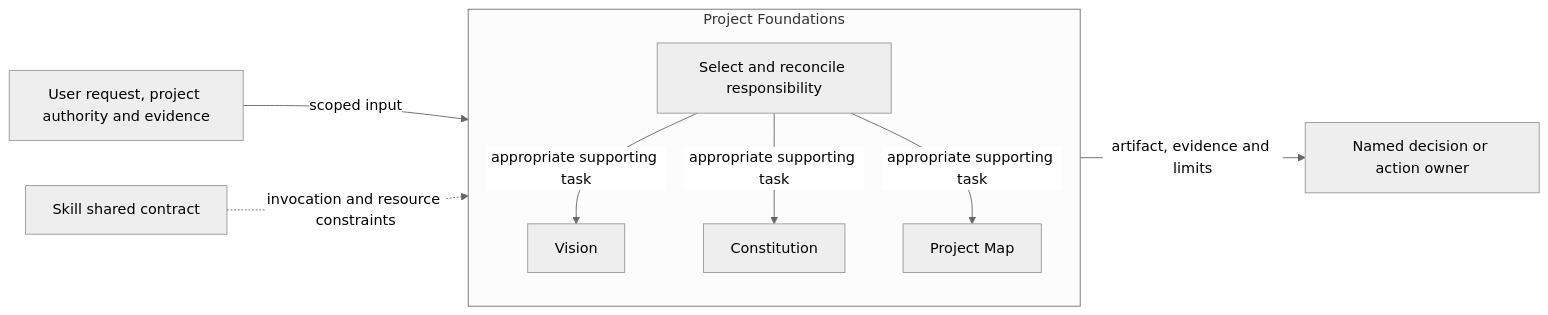
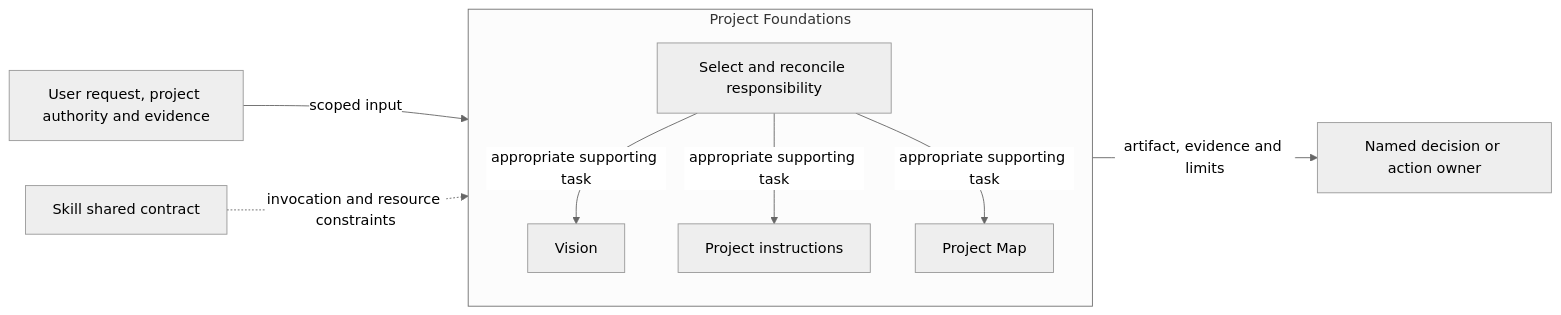
The first of 2 diagrams in design/architecture/modules/MOD-017-engineering-governance/modules/MOD-008-engineering-authoring-guidance/project-foundations.md (xiongxianfei/rigorloop), drawn with Mermaid (neutral theme) before and after one commit. The commit also changed other lines of this file and 490 other files, not shown here.

````diff
--- a/design/architecture/modules/MOD-017-engineering-governance/modules/MOD-008-engineering-authoring-guidance/project-foundations.md
+++ b/design/architecture/modules/MOD-017-engineering-governance/modules/MOD-008-engineering-authoring-guidance/project-foundations.md
@@ -23,14 +37,14 @@
 ```mermaid
 flowchart LR
     Request["User request, project authority and evidence"] -->|"scoped input"| Owned
     subgraph Owned["Project Foundations"]
         Vision["Vision"]
-        Principles["Constitution"]
+        Principles["Project instructions"]
         Map["Project Map"]
         Select["Select and reconcile responsibility"] -->|"appropriate supporting task"| Vision
         Select["Select and reconcile responsibility"] -->|"appropriate supporting task"| Principles
         Select["Select and reconcile responsibility"] -->|"appropriate supporting task"| Map
     end
     Owned -->|"artifact, evidence and limits"| Consumer["Named decision or action owner"]
     Common["Skill shared contract"] -.->|"invocation and resource constraints"| Owned
 ```
````
